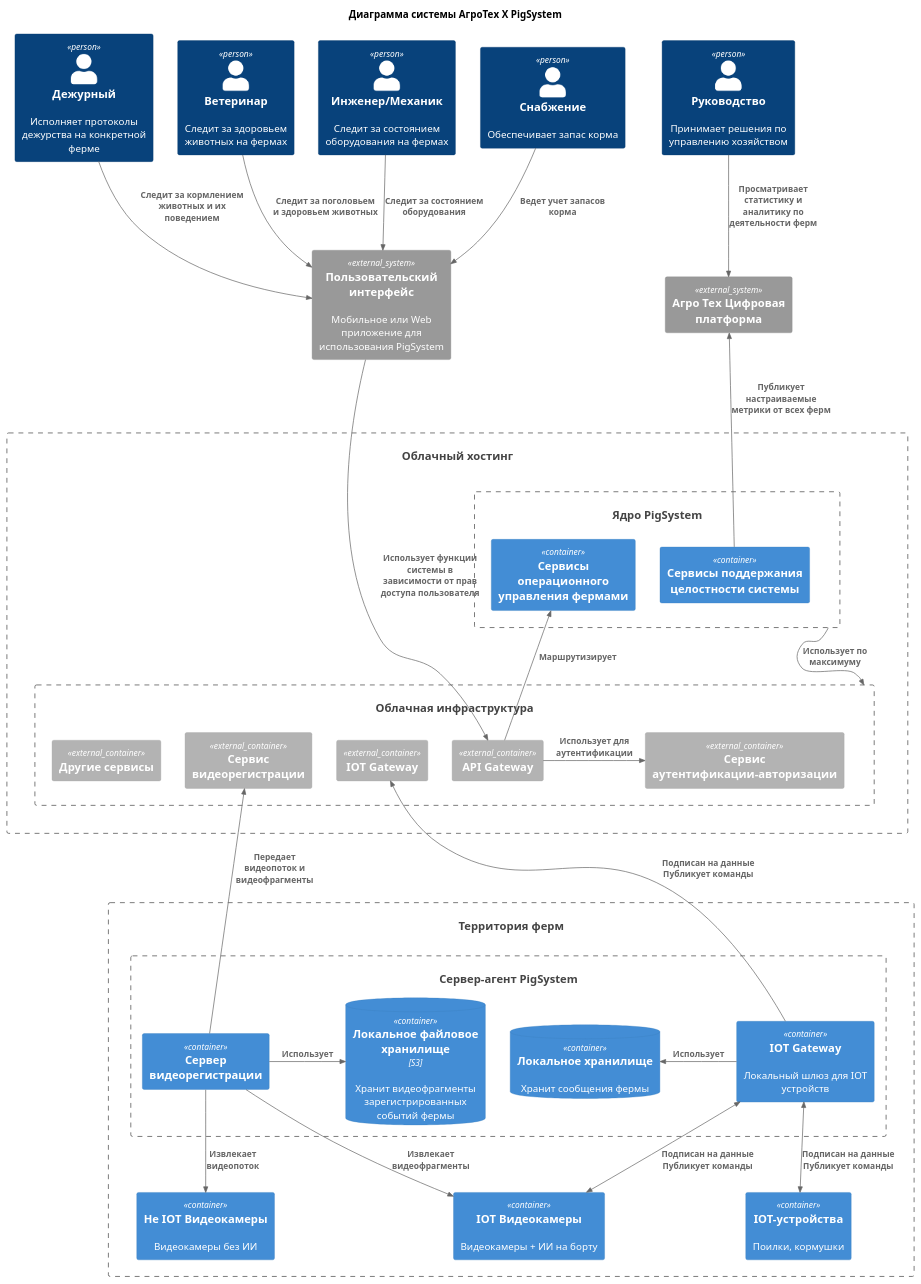
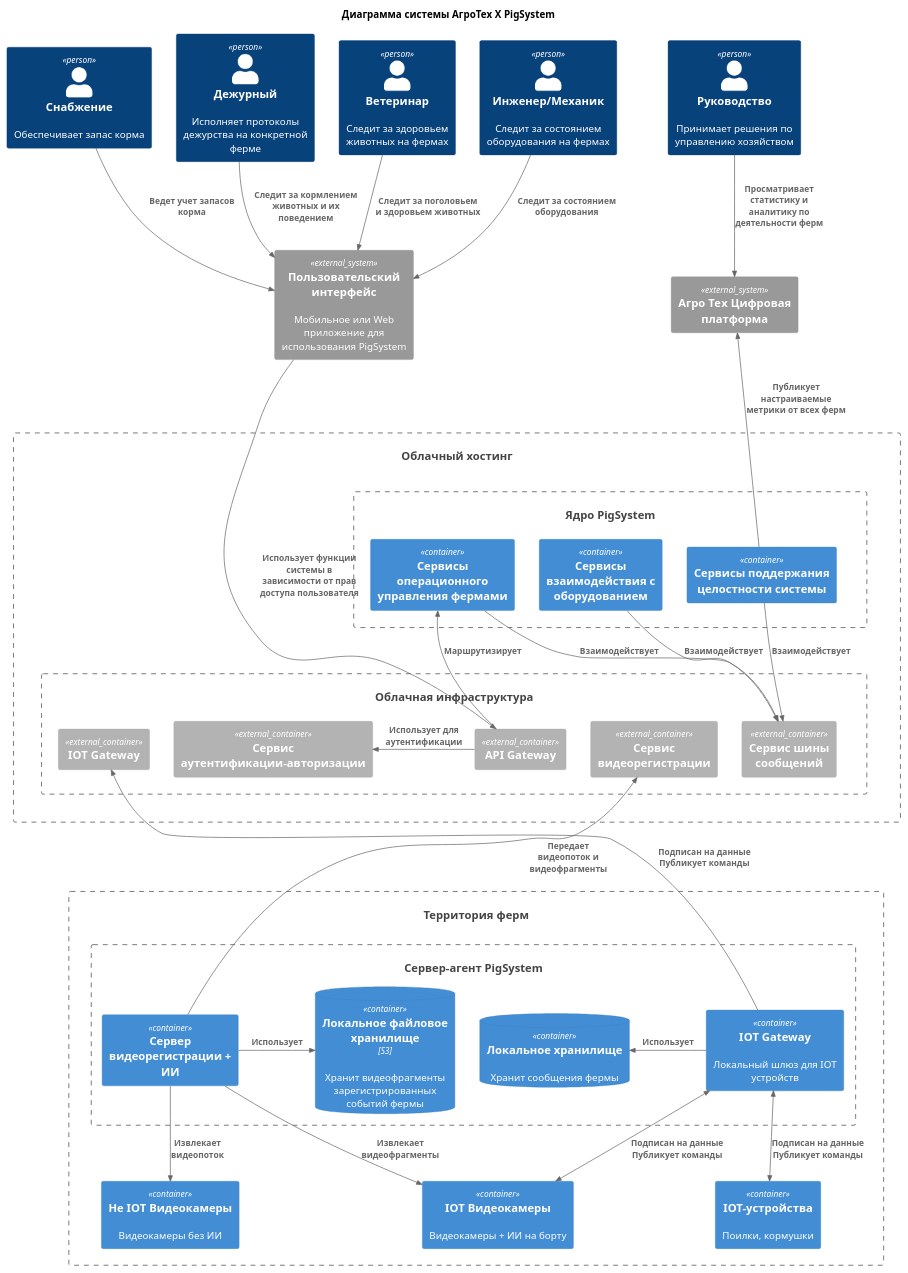
One commit to ane-ta/ms-agrotech changed the diagram in Task2/Container-option-Cloud+Agent MVP.puml. Above: the diagram before and after it, drawn with PlantUML. The commit also changed 1 other file, not shown here.

Commit message:
docs: C2Options - system core services groups added

```diff
--- a/Task2/Container-option-Cloud+Agent MVP.puml
+++ b/Task2/Container-option-Cloud+Agent MVP.puml
@@ -1,84 +1,94 @@
 @startuml
 title Диаграмма системы АгроТех Х PigSystem
 
 !includeurl https://raw.githubusercontent.com/RicardoNiepel/C4-PlantUML/master/C4_Component.puml
 Person(userDir, "Руководство", "Принимает решения по управлению хозяйством")
 Person(userOnDuty, "Дежурный", "Исполняет протоколы дежурства на конкретной ферме")
 Person(userVet, "Ветеринар", "Следит за здоровьем животных на фермах")
 Person(userMech, "Инженер/Механик", "Следит за состоянием оборудования на фермах")
 Person(userSupply, "Снабжение", "Обеспечивает запас корма")
 
 System_Ext(sysAgroTech, "Агро Тех Цифровая платформа")
 
 System_Ext(appUsing, "Пользовательский интерфейс", "Mобильное или Web приложение для использования PigSystem")
 Lay_Right(appUsing, sysAgroTech)
 
 System_Ext(sysCloud, "Облачный хостинг", "")
 Container_Boundary(sysCloud, ""){
     
     System(cntCloudServices, "Облачная инфраструктура", "")
     Container_Boundary(cntCloudServices, "Облачные сервисы"){
         Container_Ext(cmpIOTGateway, "IOT Gateway")
         Container_Ext(cmpAPIGateway, "API Gateway")
         Container_Ext(cmpUsersManagement, "Сервис аутентификации-авторизации")
         Container_Ext(cmpVideo, "Сервис видеорегистрации")
-        Container_Ext(cmpCloudServicesOther, "Другие сервисы")
+        Container_Ext(cmpCloudBroker, "Сервис шины сообщений")
+'        Container_Ext(cmpCloudServicesOther, "Другие сервисы")
     }
 
     System(sysCenter, " Ядро PigSystem", "")
     Container_Boundary(sysCenter,""){
         Container(cntCenterServices, "Сервисы поддержания целостности системы")
+        Container(cntDeviceServices, "Сервисы взаимодействия с оборудованием")
         Container(cntManagementServices, "Сервисы операционного управления фермами")
     }
 }
 
 System(sysFarm, "Территория ферм", "")
 Container_Boundary(sysFarm, ""){
     Container(cntEdgeDevices, "IOT-устройства", "", "Поилки, кормушки")
     Container(cntEdgeIOTCameras, "IOT Видеокамеры", "", "Видеокамеры + ИИ на борту")
     Container(cntEdgeCameras, "Не IOT Видеокамеры", "", "Видеокамеры без ИИ")
 
     System(sysEdgeAgent, "Сервер-агент PigSystem", "")
     Container_Boundary(sysEdgeAgent, ""){
-        Container(cntAgentVideo, "Сервер видеорегистрации", "")
+        Container(cntAgentVideo, "Сервер видеорегистрации + ИИ", "")
         Container(cntAgentIOTGateway, "IOT Gateway", "", "Локальный шлюз для IOT устройств")
         ContainerDb(cntAgentDb, "Локальное хранилище", "", "Хранит сообщения фермы")
         ContainerDb(cntAgentFileDb, "Локальное файловое хранилище", "S3", "Хранит видеофрагменты зарегистрированных событий фермы")
     }
 }
-Lay_Down(sysCenter, cntCloudServices)
+Lay_Down(sysCenter, sysCloud)
 Lay_Down(sysCloud, sysFarm)
+Lay_Down(cntCenterServices, cntCloudServices)
 Lay_Down(cntCloudServices, sysFarm)
+
+Lay_Right(cmpUsersManagement, cmpAPIGateway)
+Lay_Right(cmpAPIGateway, cmpIOTGateway)
+Lay_Right(cmpIOTGateway, cmpCloudBroker)
 
 'using systems
 Rel_Down(userDir, sysAgroTech, "Просматривает статистику и аналитику по деятельности ферм")
 Rel_Down(userOnDuty, appUsing, "Следит за кормлением животных и их поведением")
 Rel_Down(userVet, appUsing, "Следит за поголовьем и здоровьем животных")
 Rel_Down(userMech, appUsing, "Следит за состоянием оборудования")
 Rel_Down(userSupply, appUsing, "Ведет учет запасов корма")
 
 Rel_Down(appUsing, cmpAPIGateway, "Использует функции системы в зависимости от прав доступа пользователя")
 
 Rel_Up(cntCenterServices, sysAgroTech, "Публикует настраиваемые метрики от всех ферм")
 
 'internal
-Rel(sysCenter, cntCloudServices, "Использует по максимуму")
+'Rel(sysCenter, cntCloudServices, "Использует по максимуму")
 Rel(cmpAPIGateway, cntManagementServices, "Маршрутизирует")
-Rel_Right(cmpAPIGateway, cmpUsersManagement, "Использует для\nаутентификации")
+Rel_Left(cmpAPIGateway, cmpUsersManagement, "Использует для\nаутентификации")
+Rel(cntDeviceServices, cmpCloudBroker, "Взаимодействует")
+Rel(cntCenterServices, cmpCloudBroker, "Взаимодействует")
+Rel(cntManagementServices, cmpCloudBroker, "Взаимодействует")
 
 
 'slave
 Rel_Up(cntAgentIOTGateway, cmpIOTGateway, "Подписан на данные\nПубликует команды")
 
 BiRel(cntAgentIOTGateway, cntEdgeDevices, "Подписан на данные\nПубликует команды")
 BiRel(cntAgentIOTGateway, cntEdgeIOTCameras, "Подписан на данные\nПубликует команды")
 
 Rel(cntAgentVideo, cmpVideo, "Передает\nвидеопоток и видеофрагменты")
 
 Rel(cntAgentVideo, cntEdgeCameras, "Извлекает\nвидеопоток")
 Rel(cntAgentVideo, cntEdgeIOTCameras, "Извлекает\nвидеофрагменты")
 
 Rel_Right(cntAgentVideo, cntAgentFileDb, "Использует")
 Rel_Left(cntAgentIOTGateway, cntAgentDb, "Использует")
 
 @enduml
```
